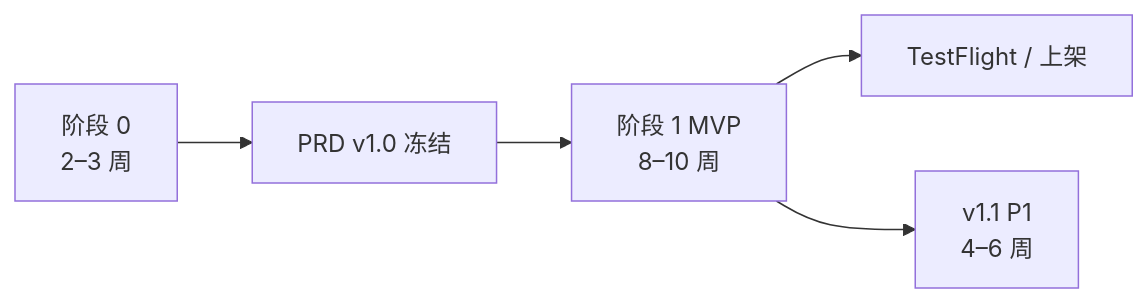
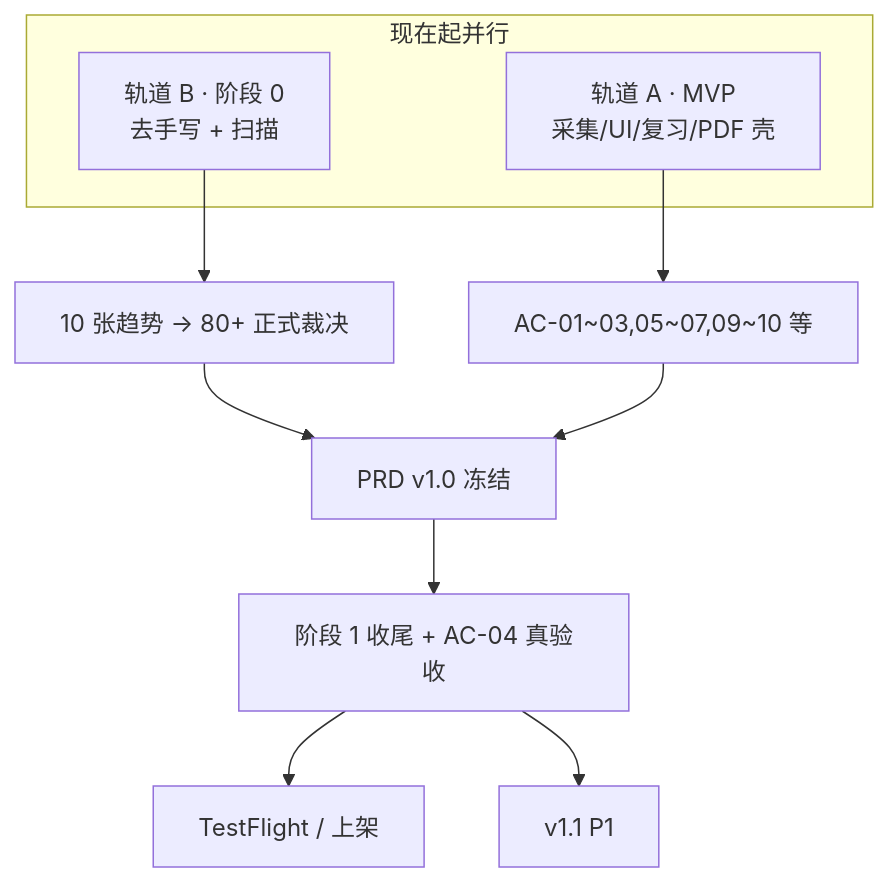
The diagram in Docs/ROADMAP.md (NotBad-Labs/snapdrill-ios), drawn with Mermaid before and after one commit. The commit also changed other lines of this file and 2 other files, not shown here.

First line of the commit message:
docs: adopt PO plan 1 — parallel MVP and stage 0

````diff
--- a/Docs/ROADMAP.md
+++ b/Docs/ROADMAP.md
@@ -10,7 +14,14 @@
 ```mermaid
-flowchart LR
-    P0["阶段 0<br>2–3 周"] --> PRD["PRD v1.0 冻结"]
-    PRD --> M1["阶段 1 MVP<br>8–10 周"]
+flowchart TB
+    subgraph parallel["现在起并行"]
+        A["轨道 A · MVP<br>采集/UI/复习/PDF 壳"]
+        B["轨道 B · 阶段 0<br>去手写 + 扫描"]
+    end
+    A --> AC["AC-01~03,05~07,09~10 等"]
+    B --> T["10 张趋势 → 80+ 正式裁决"]
+    T --> PRD["PRD v1.0 冻结"]
+    AC --> PRD
+    PRD --> M1["阶段 1 收尾 + AC-04 真验收"]
     M1 --> SHIP["TestFlight / 上架"]
-    M1 --> M2["v1.1 P1<br>4–6 周"]
+    M1 --> M2["v1.1 P1"]
 ```
````
